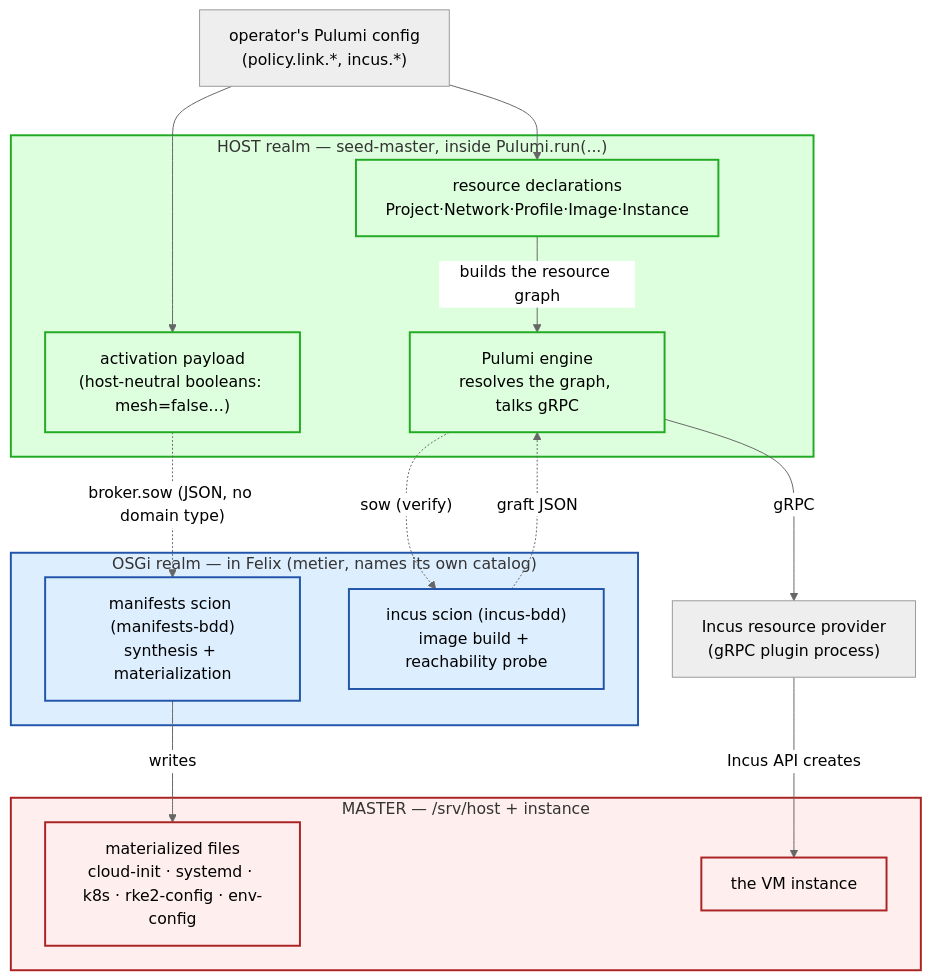
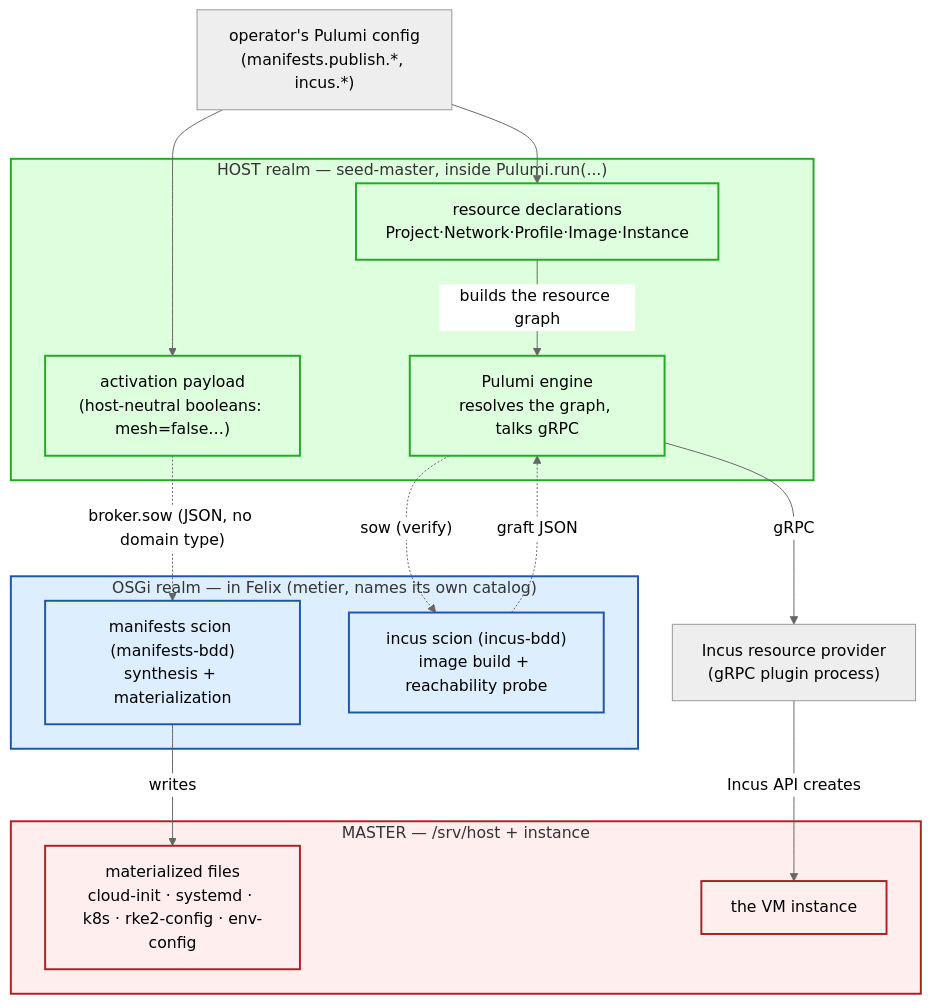
The first of 3 diagrams in docs/architecture/bootstrap/provisioning-slice-architecture.adoc (nxmatic/rke2lab), drawn with Mermaid (neutral theme) before and after one commit. The commit also changed other lines of this file and 22 other files, not shown here.

First line of the commit message:
refactor(manifests): rename the activation facet link → publish

```diff
--- a/docs/architecture/bootstrap/provisioning-slice-architecture.adoc
+++ b/docs/architecture/bootstrap/provisioning-slice-architecture.adoc
@@ -68,40 +68,40 @@
 [mermaid]
 ----
 flowchart TB
-  op["operator's Pulumi config<br/>(policy.link.*, incus.*)"]
+  op["operator's Pulumi config<br/>(manifests.publish.*, incus.*)"]
 
   subgraph host["HOST realm — seed-master, inside Pulumi.run(...)"]
     decl["resource declarations<br/>Project·Network·Profile·Image·Instance"]
     engine["Pulumi engine<br/>resolves the graph, talks gRPC"]
     payload["activation payload<br/>(host-neutral booleans: mesh=false…)"]
   end
 
   provider["Incus resource provider<br/>(gRPC plugin process)"]
 
   subgraph felix["OSGi realm — in Felix (metier, names its own catalog)"]
     scion["manifests scion (manifests-bdd)<br/>synthesis + materialization"]
     verify["incus scion (incus-bdd)<br/>image build + reachability probe"]
   end
 
   subgraph master["MASTER — /srv/host + instance"]
     files["materialized files<br/>cloud-init · systemd · k8s · rke2-config · env-config"]
     vm["the VM instance"]
   end
 
   op --> decl
   op --> payload
   decl -->|"builds the resource graph"| engine
   engine -->|gRPC| provider
   provider -->|"Incus API creates"| vm
   payload -.->|"broker.sow (JSON, no domain type)"| scion
   scion -->|writes| files
   engine -.->|"sow (verify)"| verify
   verify -.->|"graft JSON"| engine
 
   classDef h fill:#dfd,stroke:#2a2,stroke-width:2px;
   classDef f fill:#def,stroke:#25a,stroke-width:2px;
   classDef m fill:#fee,stroke:#a22,stroke-width:2px;
   class host,decl,engine,payload h;
   class felix,scion,verify f;
   class master,files,vm m;
 ----
```
